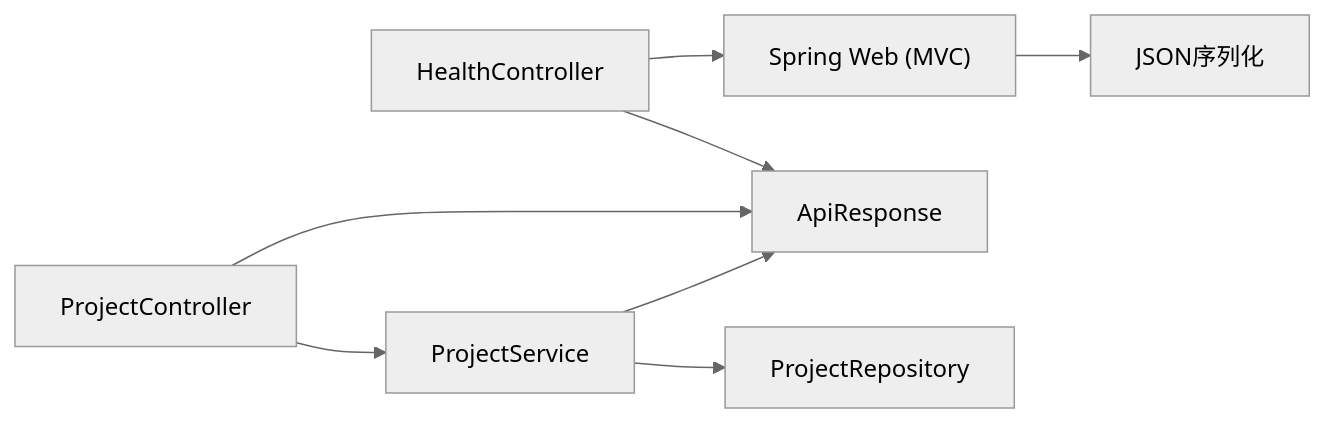
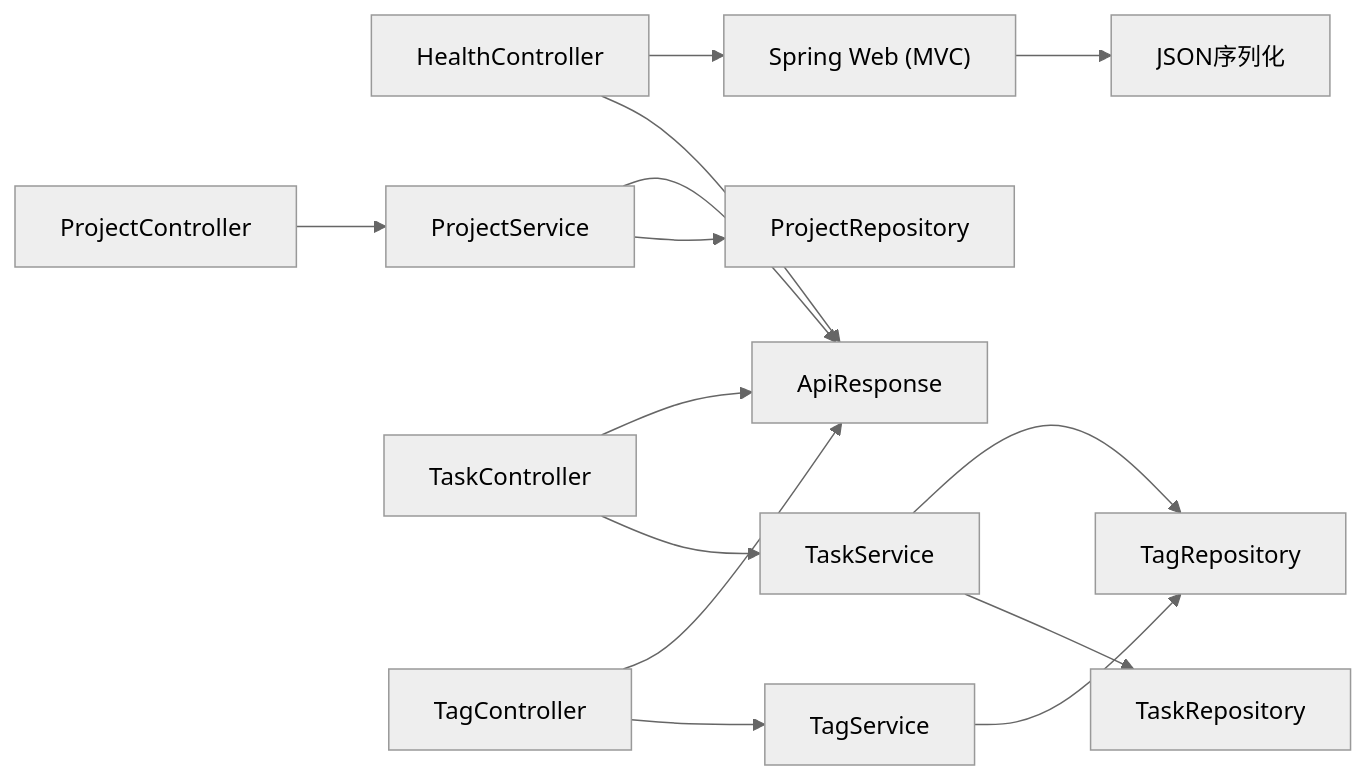
Before and after one commit to zhou9832/test1-qoder: the eighth of 8 diagrams in .qoder/repowiki/zh/content/API接口文档.md, drawn with Mermaid (neutral theme). The commit also changed other lines of this file and 92 other files, not shown here.

````diff
--- a/.qoder/repowiki/zh/content/API接口文档.md
+++ b/.qoder/repowiki/zh/content/API接口文档.md
@@ -287,10 +496,16 @@
 ```mermaid
 graph LR
 HC["HealthController"] --> AP["ApiResponse"]
 PC["ProjectController"] --> PS["ProjectService"]
+TC["TaskController"] --> TS["TaskService"]
+TGC["TagController"] --> TGS["TagService"]
 PS --> PR["ProjectRepository"]
+TS --> TR["TaskRepository"]
+TS --> TGR["TagRepository"]
+TGS --> TGR
 PS --> AP
-PC --> AP
+TC --> AP
+TGC --> AP
 HC --> SW["Spring Web (MVC)"]
 SW --> JSON["JSON序列化"]
 ```
````
